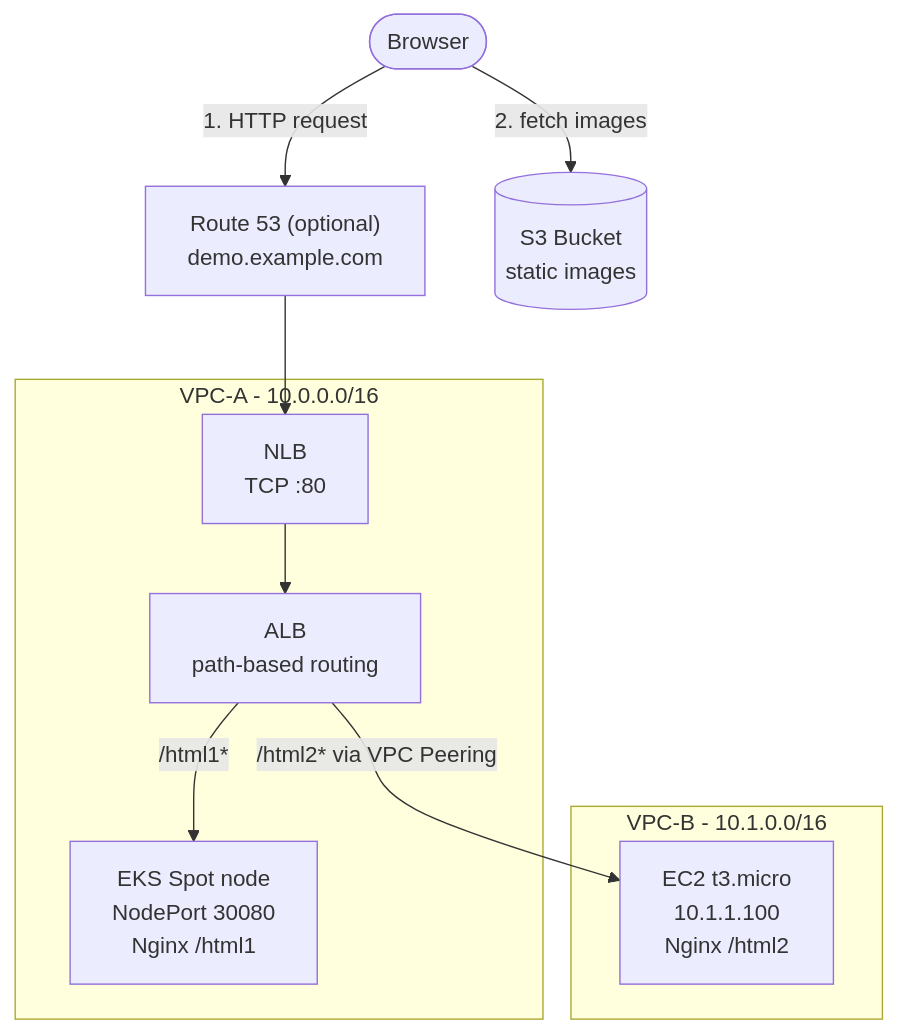
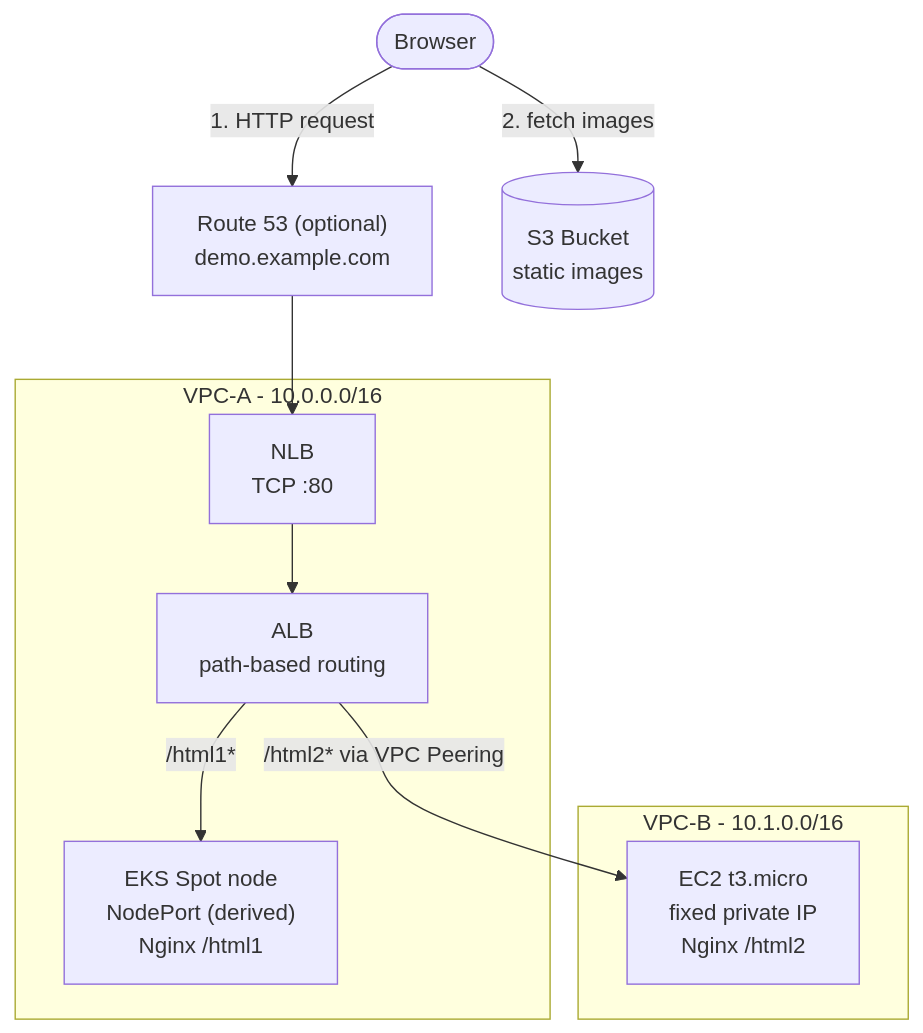
Before and after one commit to lucaskoh/demo_tf_for_aws: the first of 2 diagrams in README.md, drawn with Mermaid. The commit also changed other lines of this file and 24 other files, not shown here.

````diff
--- a/README.md
+++ b/README.md
@@ -40,24 +44,24 @@
 ```mermaid
 flowchart TB
     user([Browser])
     r53["Route 53 (optional)<br/>demo.example.com"]
     s3[("S3 Bucket<br/>static images")]
 
     user -->|"1. HTTP request"| r53
     user -->|"2. fetch images"| s3
 
     subgraph VPC_A["VPC-A - 10.0.0.0/16"]
         nlb["NLB<br/>TCP :80"]
         alb["ALB<br/>path-based routing"]
-        eks["EKS Spot node<br/>NodePort 30080<br/>Nginx /html1"]
+        eks["EKS Spot node<br/>NodePort (derived)<br/>Nginx /html1"]
         nlb --> alb
         alb -->|"/html1*"| eks
     end
 
     subgraph VPC_B["VPC-B - 10.1.0.0/16"]
-        ec2["EC2 t3.micro<br/>10.1.1.100<br/>Nginx /html2"]
+        ec2["EC2 t3.micro<br/>fixed private IP<br/>Nginx /html2"]
     end
 
     r53 --> nlb
     alb -->|"/html2* via VPC Peering"| ec2
 ```
````
